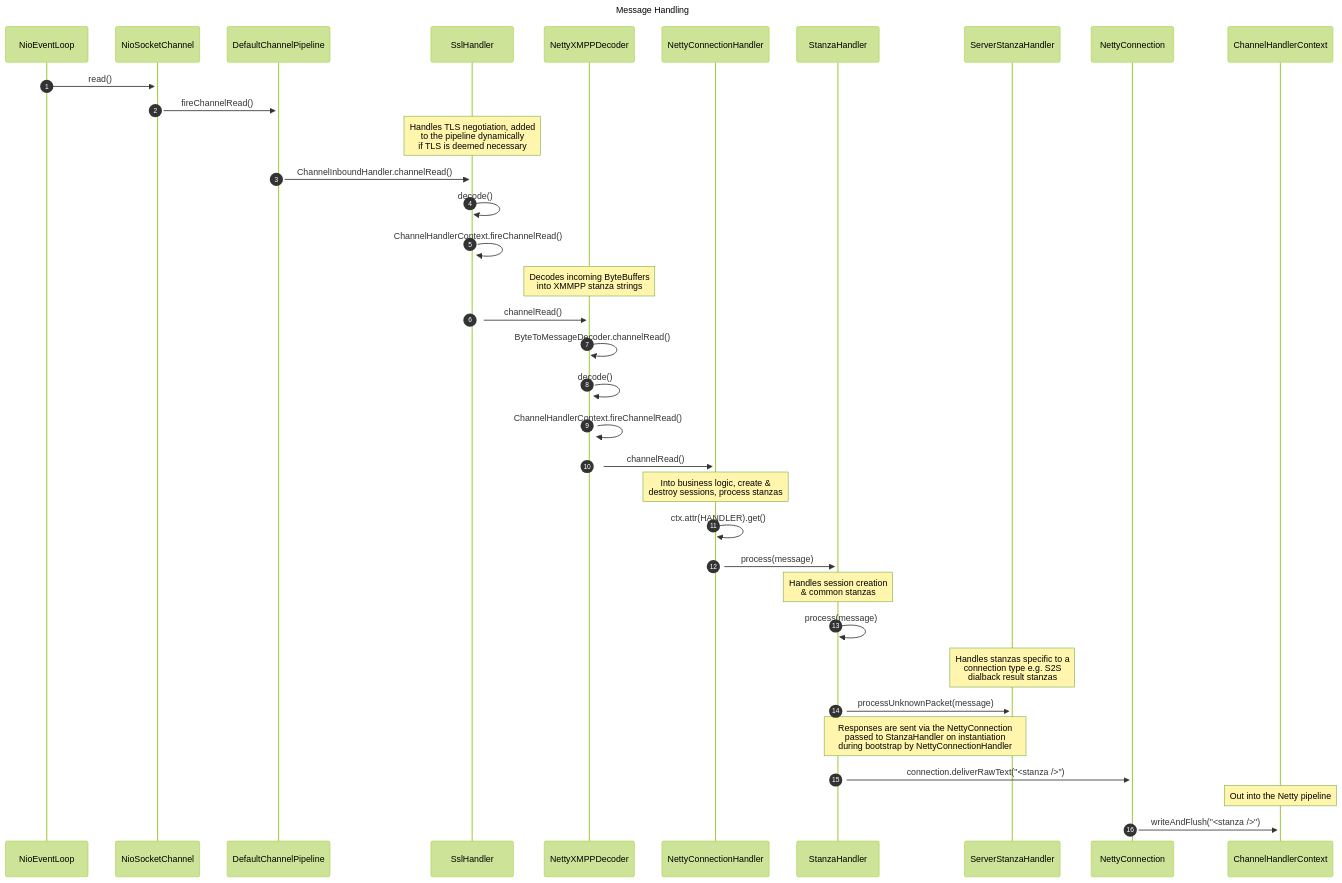
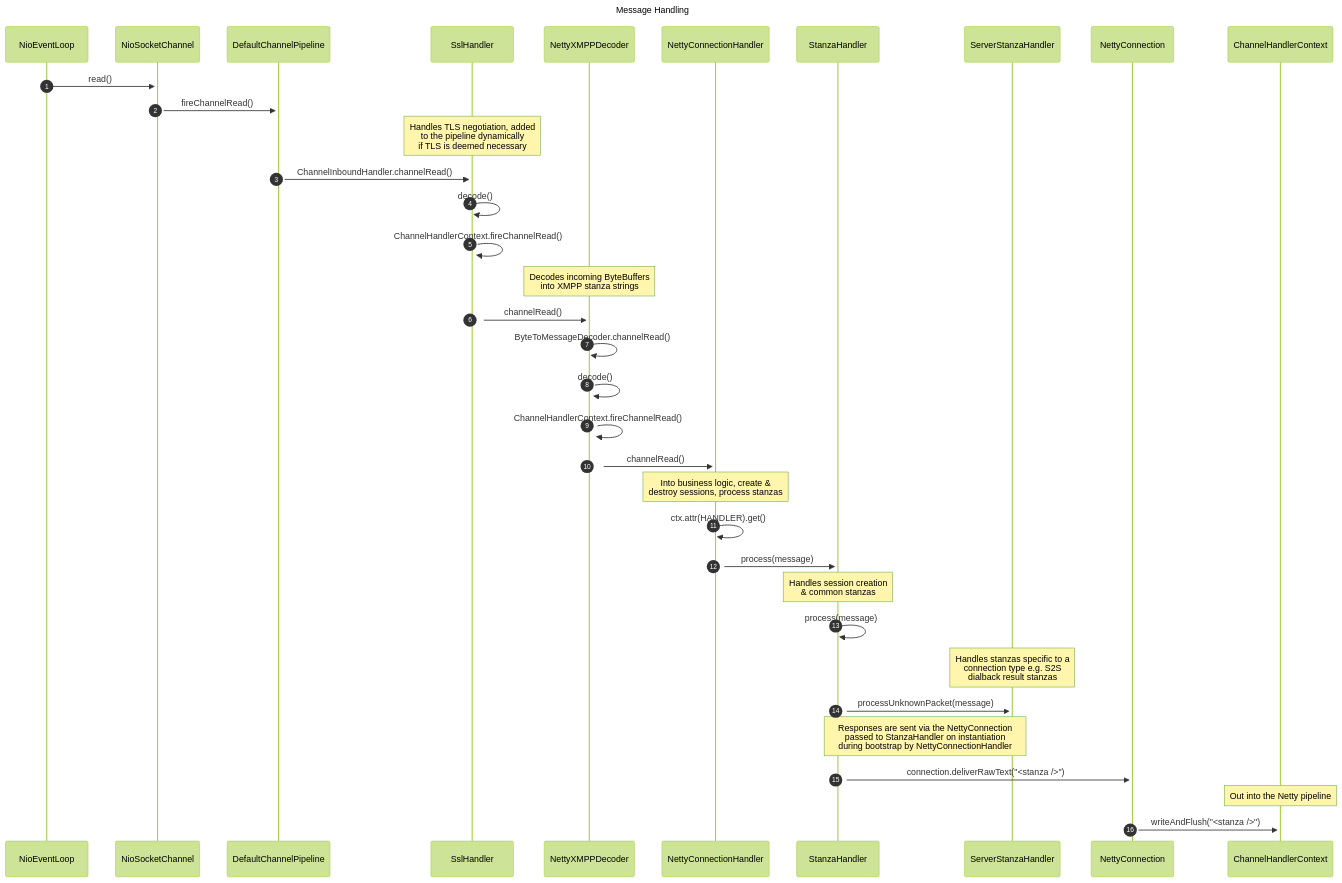
One commit to igniterealtime/Openfire changed the diagram in documentation/diagrams/netty-message-handling.md. Above: the diagram before and after it, drawn with Mermaid (forest theme). The commit also changed 1 other file, not shown here.

Commit message:
Documentation: fixes typo in diagram

````diff
--- a/documentation/diagrams/netty-message-handling.md
+++ b/documentation/diagrams/netty-message-handling.md
@@ -5,29 +5,29 @@
 ```mermaid
 
 sequenceDiagram title Message Handling
     autonumber
     NioEventLoop->>+NioSocketChannel: read()
     NioSocketChannel->>+DefaultChannelPipeline: fireChannelRead()
     Note over SslHandler: Handles TLS negotiation, added<br/> to the pipeline dynamically <br/> if TLS is deemed necessary
     DefaultChannelPipeline->>+SslHandler: ChannelInboundHandler.channelRead()
     SslHandler->>+SslHandler: decode()
     SslHandler->>+SslHandler: ChannelHandlerContext.fireChannelRead()
-    Note over NettyXMPPDecoder: Decodes incoming ByteBuffers <br/>into XMMPP stanza strings
+    Note over NettyXMPPDecoder: Decodes incoming ByteBuffers <br/>into XMPP stanza strings
     SslHandler->>+NettyXMPPDecoder: channelRead()
     NettyXMPPDecoder->>+NettyXMPPDecoder: ByteToMessageDecoder.channelRead()
     NettyXMPPDecoder->>+NettyXMPPDecoder: decode()
     NettyXMPPDecoder->>+NettyXMPPDecoder: ChannelHandlerContext.fireChannelRead()
     NettyXMPPDecoder->>+NettyConnectionHandler: channelRead()
     Note over NettyConnectionHandler: Into business logic, create & <br/> destroy sessions, process stanzas
     NettyConnectionHandler->>+NettyConnectionHandler: ctx.attr(HANDLER).get()
     NettyConnectionHandler->>+StanzaHandler: process(message)
     Note over StanzaHandler: Handles session creation <br /> & common stanzas
     StanzaHandler->>+StanzaHandler: process(message)
     Note over ServerStanzaHandler: Handles stanzas specific to a <br /> connection type e.g. S2S <br />dialback result stanzas
     StanzaHandler->>+ServerStanzaHandler: processUnknownPacket(message)
     Note over ServerStanzaHandler, StanzaHandler: Responses are sent via the NettyConnection <br /> passed to StanzaHandler on instantiation <br />during bootstrap by NettyConnectionHandler
     StanzaHandler->>+NettyConnection: connection.deliverRawText("<stanza />")
     Note over ChannelHandlerContext: Out into the Netty pipeline
     NettyConnection->>+ChannelHandlerContext: writeAndFlush("<stanza />")
 
 ```
````
